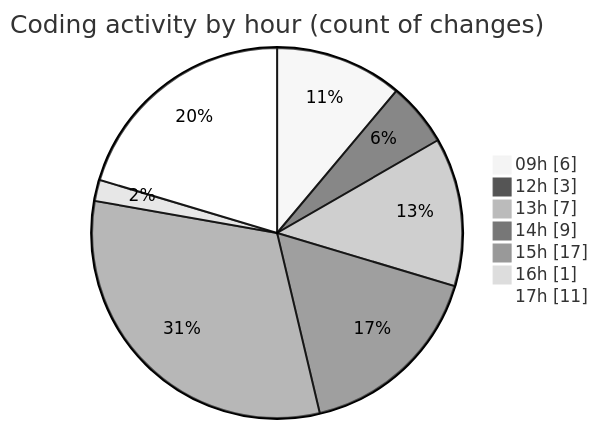
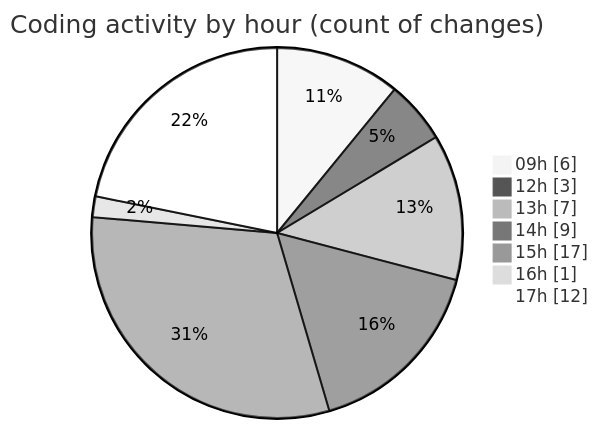
One commit to momahboobian/code-tracking changed the second of 2 diagrams in 2026-09-29/cda/README.md. Above: the diagram before and after it, drawn with Mermaid (neutral theme). The commit also changed other lines of this file and 1 other file, not shown here.

````diff
--- a/2026-09-29/cda/README.md
+++ b/2026-09-29/cda/README.md
@@ -60,11 +61,11 @@
 ```mermaid
 pie showData
 title Coding activity by hour (count of changes)
 "09h" : 6
 "12h" : 3
 "13h" : 7
 "14h" : 9
 "15h" : 17
 "16h" : 1
-"17h" : 11
+"17h" : 12
 ```
````
